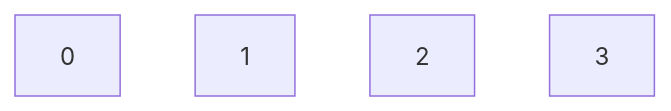
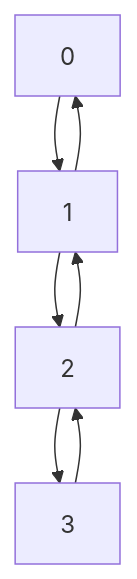
One commit to alkasher/Fibonacci_Heap changed the first of 2 diagrams in README.md. Above: the diagram before and after it, drawn with Mermaid.

````diff
--- a/README.md
+++ b/README.md
@@ -13,7 +13,9 @@
 ```mermaid
 graph TD;
-    0;
-    1;
-    2;
-    3;
+    0-->1;
+    1-->0;
+    1-->2;
+    2-->1;
+    2-->3;
+    3-->2;
 ```
````
